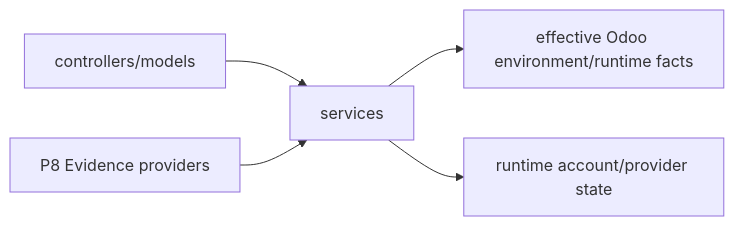
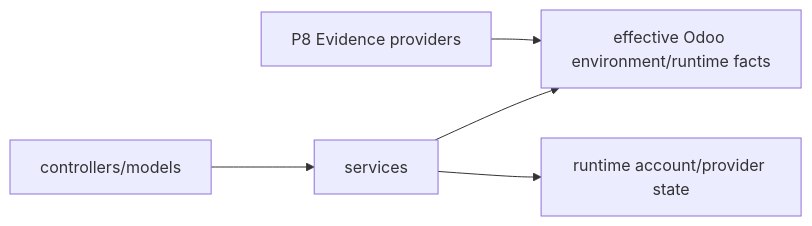
Before and after one commit to CPX-001/ai-odoo-assistant: the diagram in addons/odoo_ai_assistant/services/README.md, drawn with Mermaid. The commit also changed other lines of this file, not shown here.

````diff
--- a/addons/odoo_ai_assistant/services/README.md
+++ b/addons/odoo_ai_assistant/services/README.md
@@ -5,7 +5,7 @@
 ```mermaid
 flowchart LR
     C[controllers/models] --> S[services]
     S --> O[effective Odoo environment/runtime facts]
     S --> R[runtime account/provider state]
-    E[P8 Evidence providers] --> S
+    E[P8 Evidence providers] --> O
 ```
````
